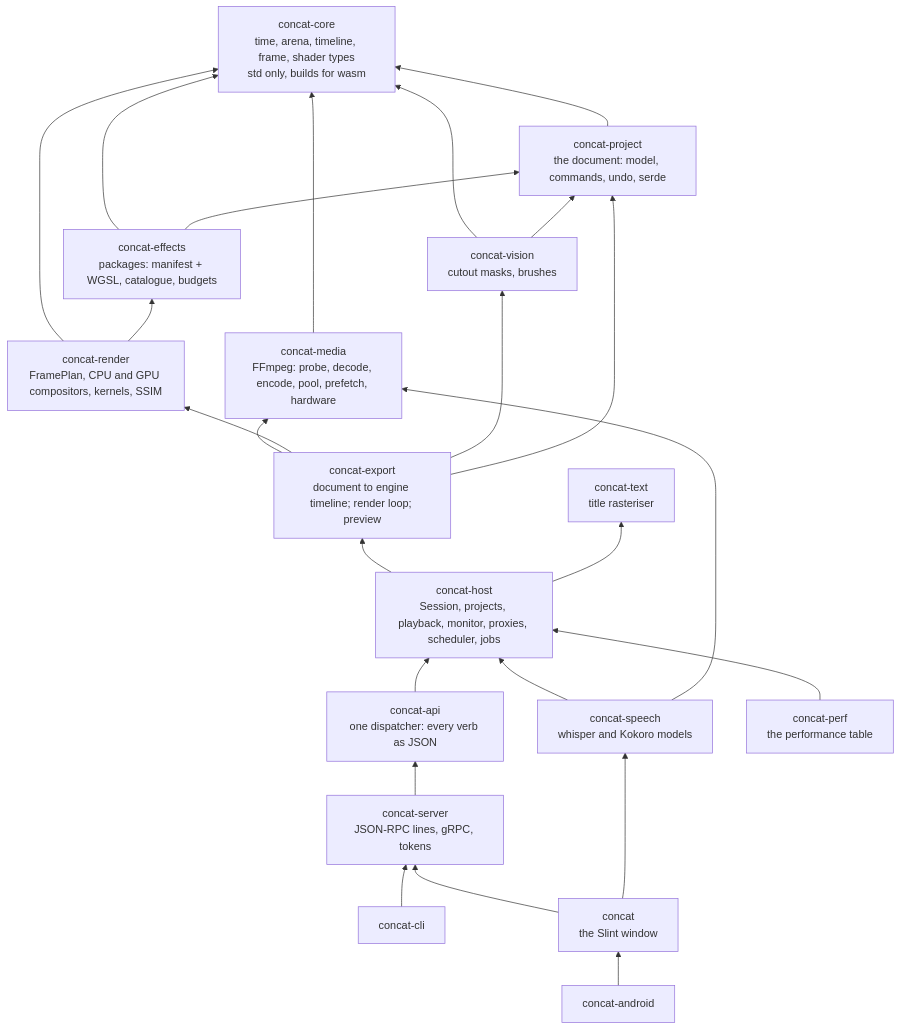
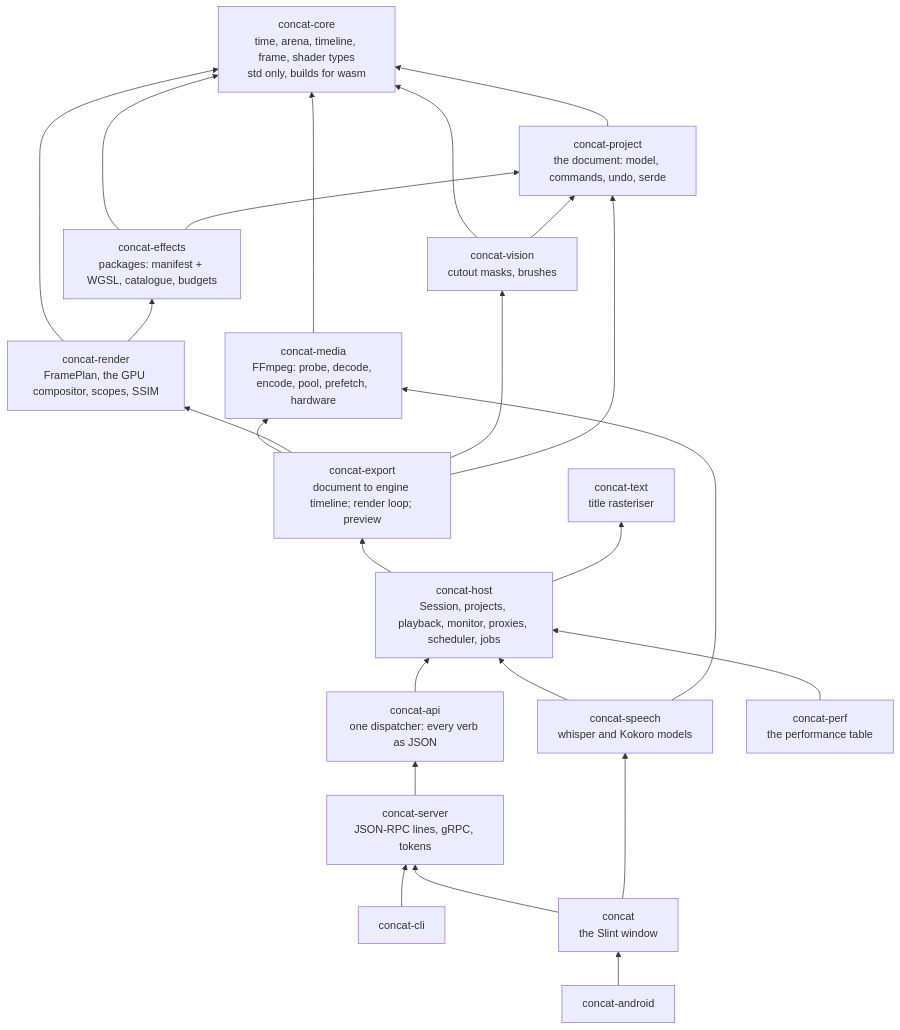
Before and after one commit to jub0t/Concat: the first of 7 diagrams in ARCHITECTURE.md, drawn with Mermaid. The commit also changed other lines of this file and 217 other files, not shown here.

````diff
--- a/ARCHITECTURE.md
+++ b/ARCHITECTURE.md
@@ -18,43 +18,43 @@
 ```mermaid
 graph BT
     core["concat-core<br/>time, arena, timeline, frame, shader types<br/>std only, builds for wasm"]
     project["concat-project<br/>the document: model, commands, undo, serde"]
     media["concat-media<br/>FFmpeg: probe, decode, encode, pool, prefetch, hardware"]
     effects["concat-effects<br/>packages: manifest + WGSL, catalogue, budgets"]
-    render["concat-render<br/>FramePlan, CPU and GPU compositors, kernels, SSIM"]
+    render["concat-render<br/>FramePlan, the GPU compositor, scopes, SSIM"]
     vision["concat-vision<br/>cutout masks, brushes"]
     text["concat-text<br/>title rasteriser"]
     export["concat-export<br/>document to engine timeline; render loop; preview"]
     host["concat-host<br/>Session, projects, playback, monitor, proxies, scheduler, jobs"]
     speech["concat-speech<br/>whisper and Kokoro models"]
     api["concat-api<br/>one dispatcher: every verb as JSON"]
     server["concat-server<br/>JSON-RPC lines, gRPC, tokens"]
     cli["concat-cli"]
     window["concat<br/>the Slint window"]
     android["concat-android"]
     perf["concat-perf<br/>the performance table"]
 
     project --> core
     media --> core
     effects --> core
     effects --> project
     render --> core
     render --> effects
     vision --> core
     vision --> project
     export --> media
     export --> render
     export --> vision
     export --> project
     host --> export
     host --> text
     speech --> host
     speech --> media
     api --> host
     server --> api
     cli --> server
     window --> server
     window --> speech
     android --> window
     perf --> host
 ```
````
